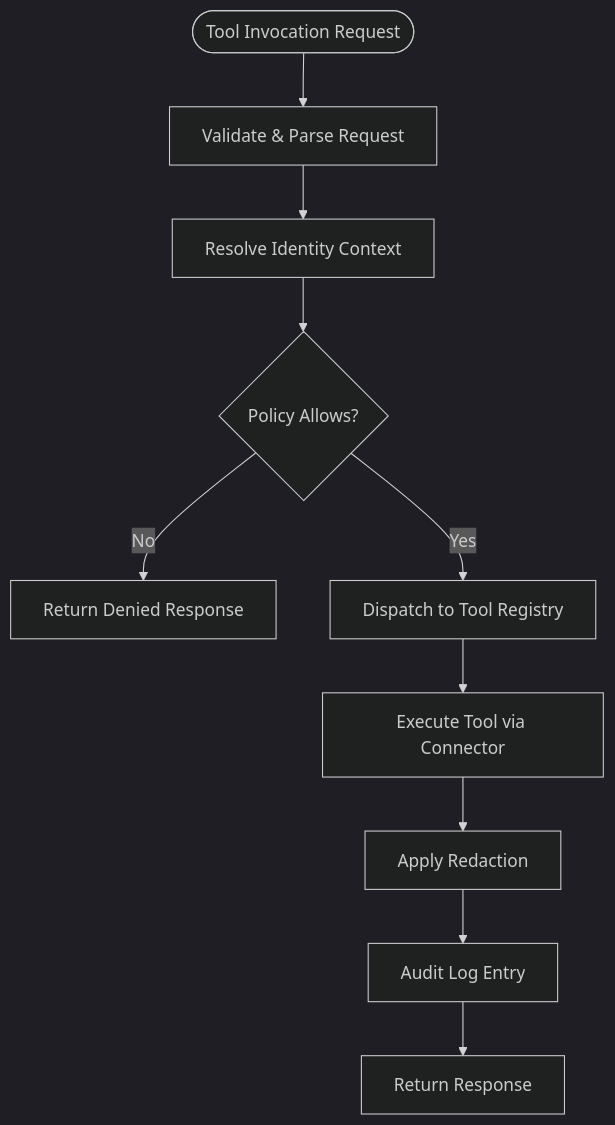
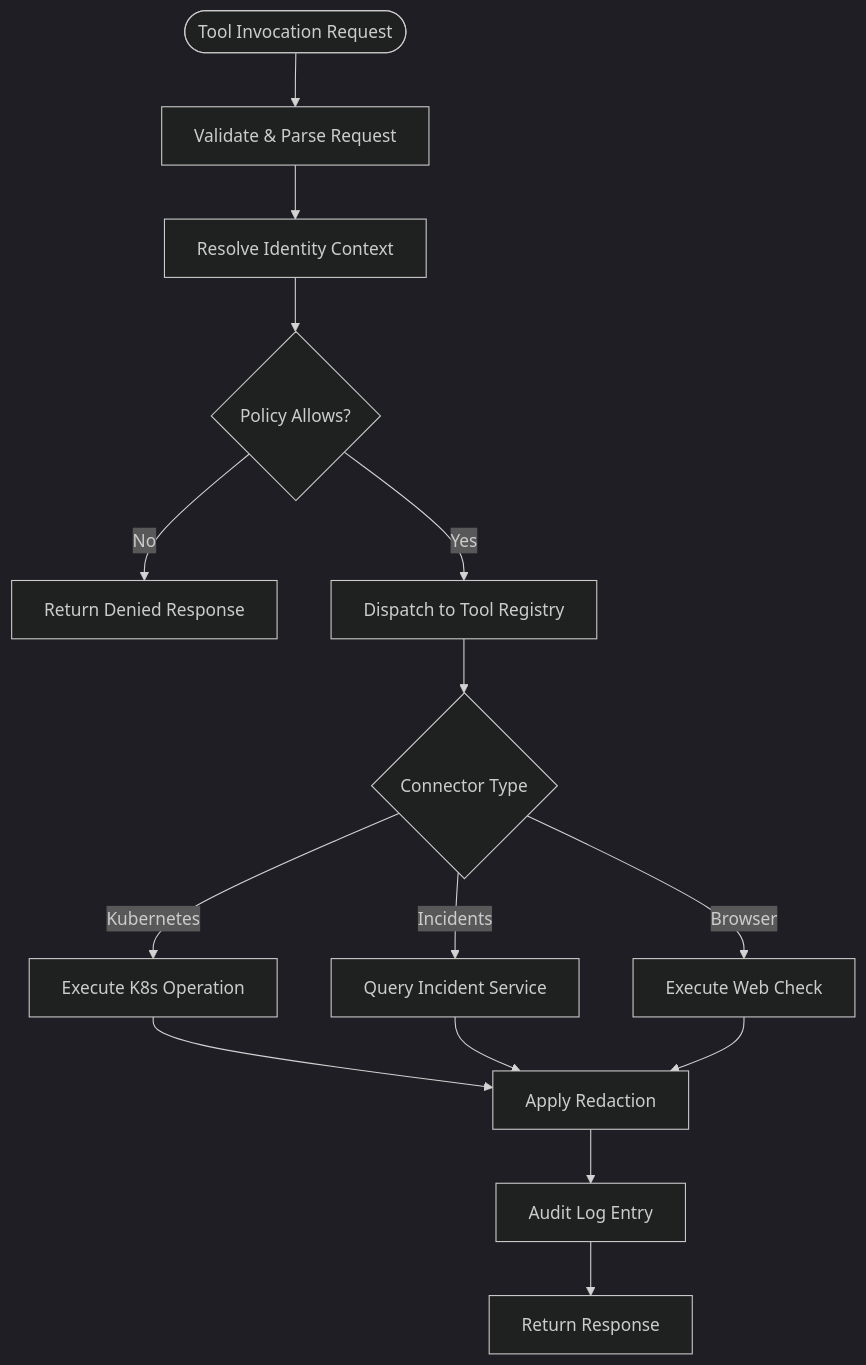
Before and after one commit to metasync/luban-aiops: the fourth of 11 diagrams in .qoder/repowiki/en/content/Architecture Documentation/Architecture Documentation.md, drawn with Mermaid (dark theme). The commit also changed other lines of this file and 35 other files, not shown here.

First line of the commit message:
docs: document SPEC-049 browser web-check tools and refresh repowiki (v0.31.0)

````diff
--- a/.qoder/repowiki/en/content/Architecture Documentation/Architecture Documentation.md
+++ b/.qoder/repowiki/en/content/Architecture Documentation/Architecture Documentation.md
@@ -367,12 +382,17 @@
 ```mermaid
 flowchart TD
 Start(["Tool Invocation Request"]) --> Validate["Validate & Parse Request"]
 Validate --> ResolveIdentity["Resolve Identity Context"]
 ResolveIdentity --> PolicyCheck{"Policy Allows?"}
 PolicyCheck -- "No" --> Deny["Return Denied Response"]
 PolicyCheck -- "Yes" --> Dispatch["Dispatch to Tool Registry"]
-Dispatch --> Execute["Execute Tool via Connector"]
-Execute --> Redact["Apply Redaction"]
+Dispatch --> ConnectorType{"Connector Type"}
+ConnectorType -- "Kubernetes" --> K8SExec["Execute K8s Operation"]
+ConnectorType -- "Incidents" --> IncidentsExec["Query Incident Service"]
+ConnectorType -- "Browser" --> BrowserExec["Execute Web Check"]
+K8SExec --> Redact["Apply Redaction"]
+IncidentsExec --> Redact
+BrowserExec --> Redact
 Redact --> Audit["Audit Log Entry"]
 Audit --> Return["Return Response"]
 ```
````
